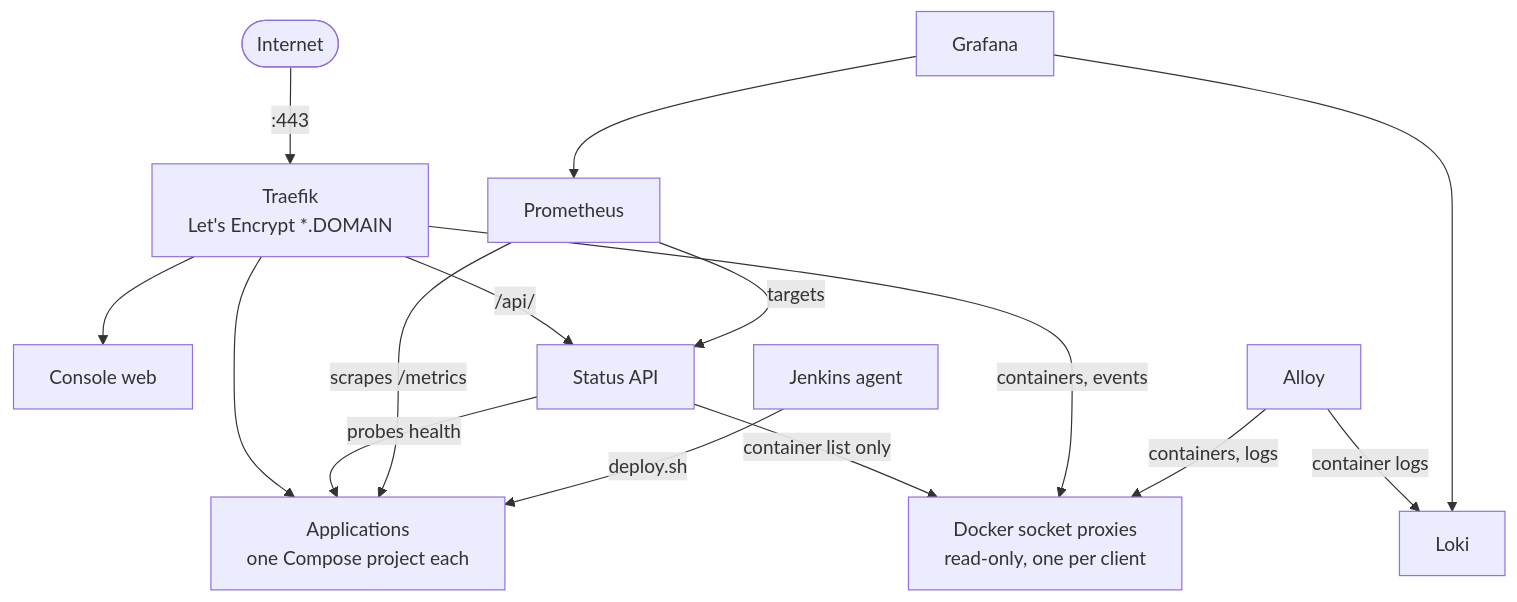
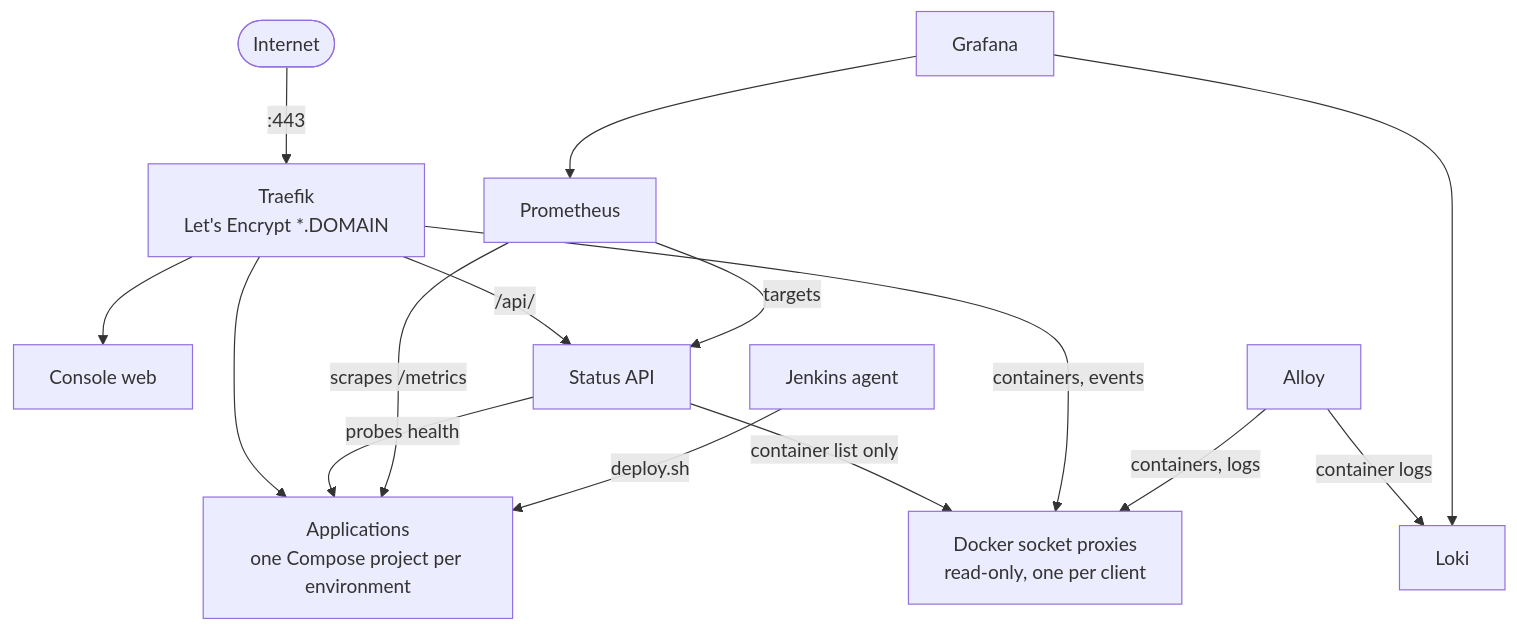
The fourth of 4 diagrams in README.md (artur-rios/yggdrasil), drawn with Mermaid before and after one commit. The commit also changed other lines of this file and 113 other files, not shown here.

````diff
--- a/README.md
+++ b/README.md
@@ -111,17 +115,17 @@
 ```mermaid
 flowchart TB
     net([Internet]) -- ":443" --> traefik[Traefik<br/>Let's Encrypt *.DOMAIN]
-    traefik --> apps[Applications<br/>one Compose project each]
+    traefik --> apps[Applications<br/>one Compose project per environment]
     traefik --> console[Console web]
     traefik -- "/api/" --> status[Status API]
     status -- probes health --> apps
     status -- container list only --> proxy[Docker socket proxies<br/>read-only, one per client]
     traefik -- containers, events --> proxy
     alloy -- containers, logs --> proxy
     prom[Prometheus] -- targets --> status
     prom -- scrapes /metrics --> apps
     alloy[Alloy] -- container logs --> loki[Loki]
     grafana[Grafana] --> prom
     grafana --> loki
     agent[Jenkins agent] -- deploy.sh --> apps
 ```
````
